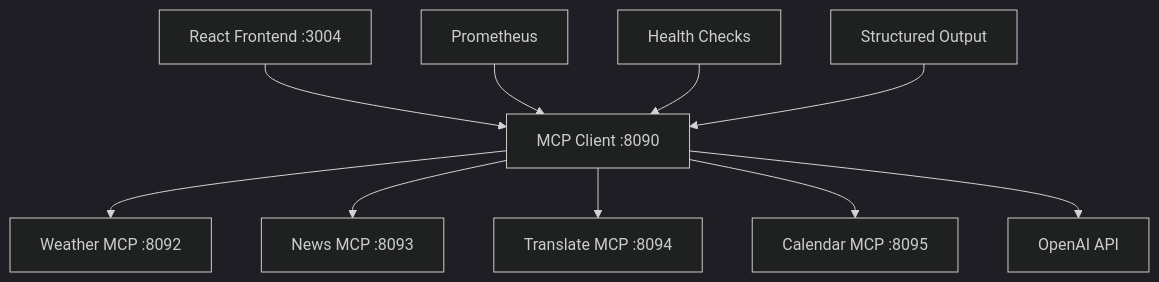
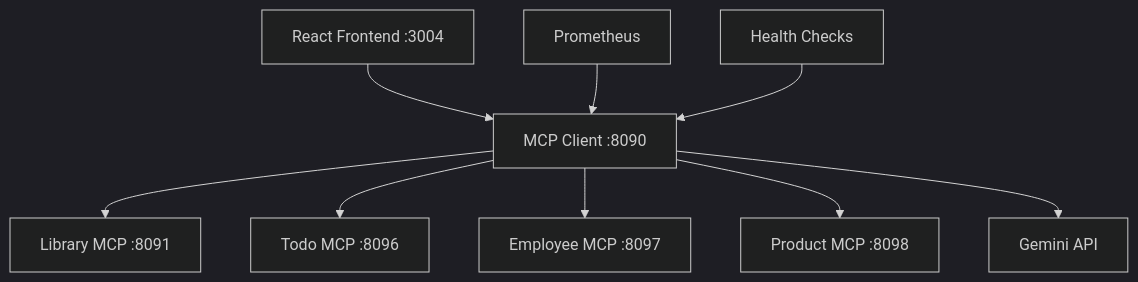
The diagram in README.md (VibeMonkeys/mcp-monkeys), drawn with Mermaid (dark theme) before and after one commit. The commit also changed other lines of this file, not shown here.

First line of the commit message:
docs: README.md 업데이트 - 새 MCP 서버 반영

````diff
--- a/README.md
+++ b/README.md
@@ -25,12 +25,11 @@
 ```mermaid
 graph TD
     A[React Frontend :3004] --> B[MCP Client :8090]
-    B --> C[Weather MCP :8092]
-    B --> D[News MCP :8093]  
-    B --> E[Translate MCP :8094]
-    B --> F[Calendar MCP :8095]
-    B --> G[OpenAI API]
+    B --> C[Library MCP :8091]
+    B --> D[Todo MCP :8096]
+    B --> E[Employee MCP :8097]
+    B --> F[Product MCP :8098]
+    B --> G[Gemini API]
     H[Prometheus] --> B
     I[Health Checks] --> B
-    J[Structured Output] --> B
 ```
````
